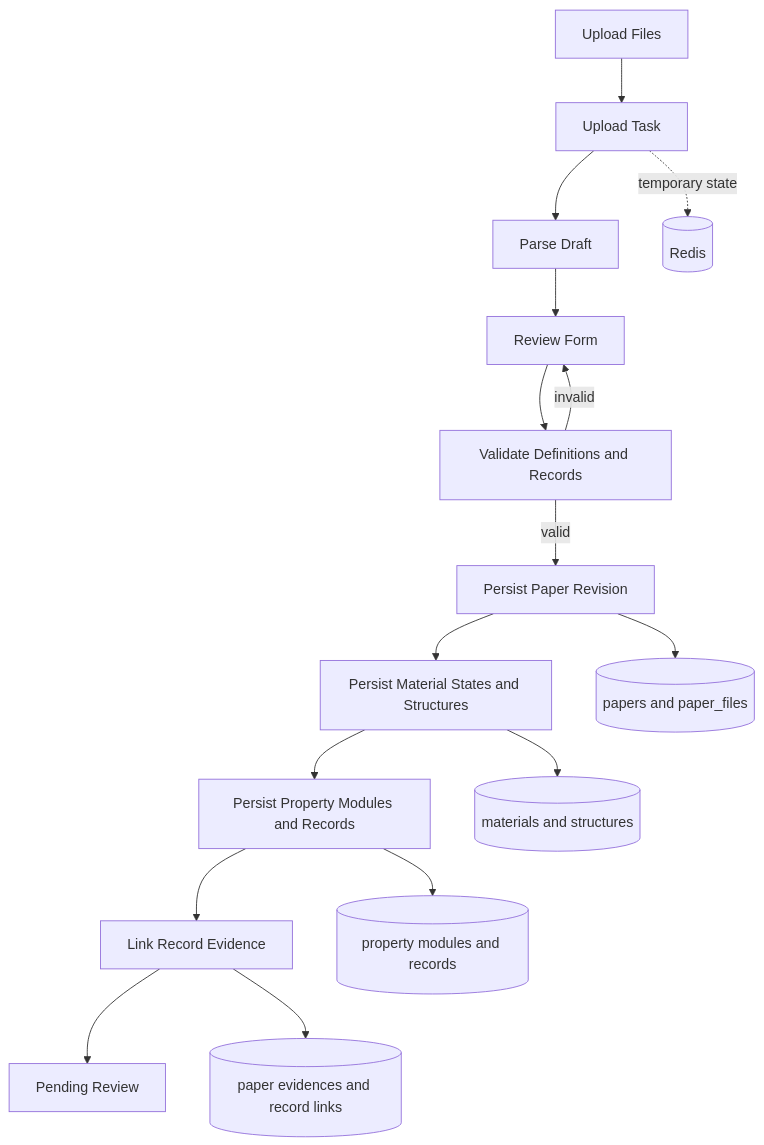
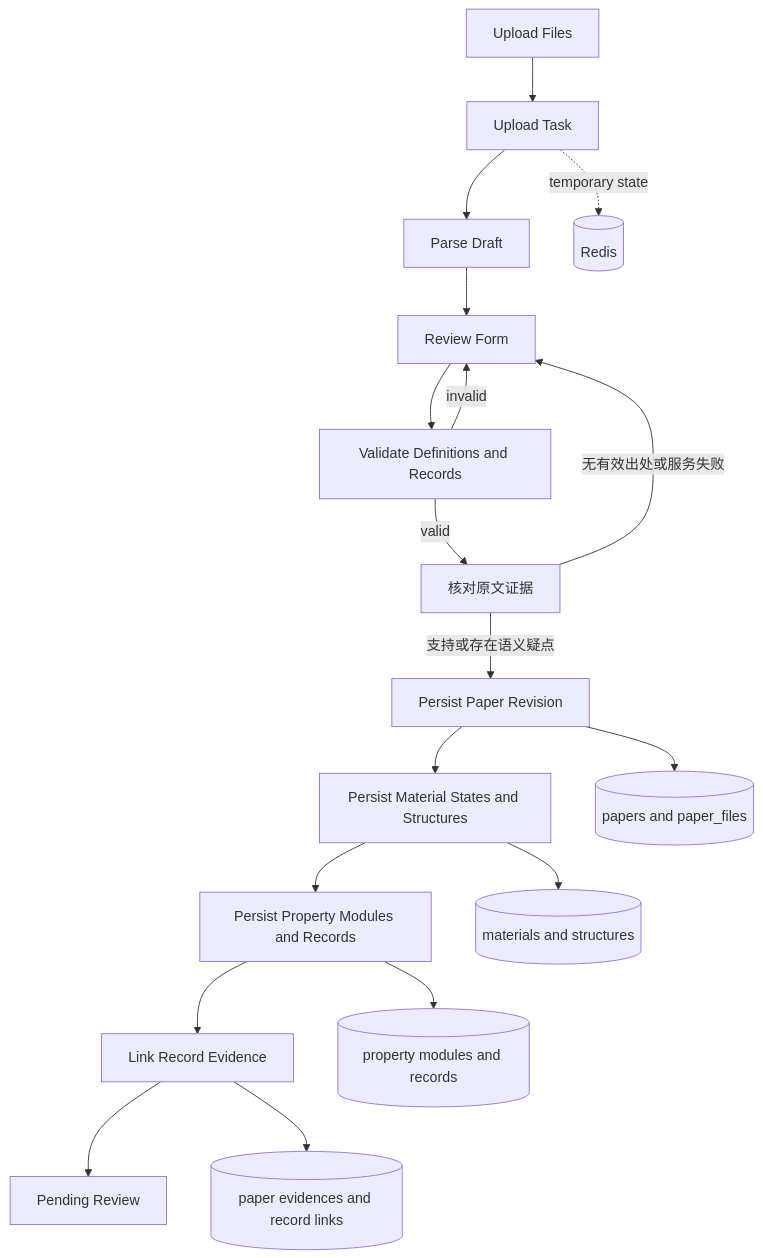
The diagram in docs/overview/01_Decentralized_Uploading_of_Superconductivity_Data/data-structure-and-form-mapping.md (JLU-ICCMS-MaYuan/SC-Wiki), drawn with Mermaid before and after one commit. The commit also changed other lines of this file and 38 other files, not shown here.

````diff
--- a/docs/overview/01_Decentralized_Uploading_of_Superconductivity_Data/data-structure-and-form-mapping.md
+++ b/docs/overview/01_Decentralized_Uploading_of_Superconductivity_Data/data-structure-and-form-mapping.md
@@ -128,19 +142,21 @@
 ```mermaid
 flowchart TD
     A[Upload Files] --> B[Upload Task]
     B --> C[Parse Draft]
     C --> D[Review Form]
     D --> E[Validate Definitions and Records]
-    E -->|valid| F[Persist Paper Revision]
+    E -->|valid| Q[核对原文证据]
+    Q -->|支持或存在语义疑点| F[Persist Paper Revision]
+    Q -->|无有效出处或服务失败| D
     E -->|invalid| D
     F --> G[Persist Material States and Structures]
     G --> H[Persist Property Modules and Records]
     H --> I[Link Record Evidence]
     I --> J[Pending Review]
 
     B -. temporary state .-> R[(Redis)]
     F --> P[(papers and paper_files)]
     G --> M[(materials and structures)]
     H --> S[(property modules and records)]
     I --> V[(paper evidences and record links)]
 ```
````
